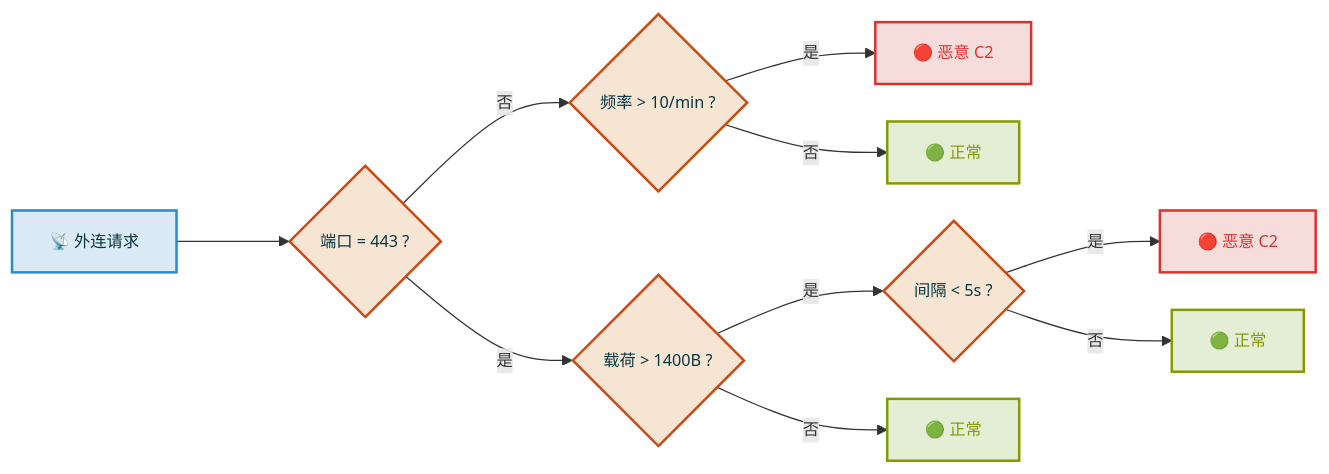
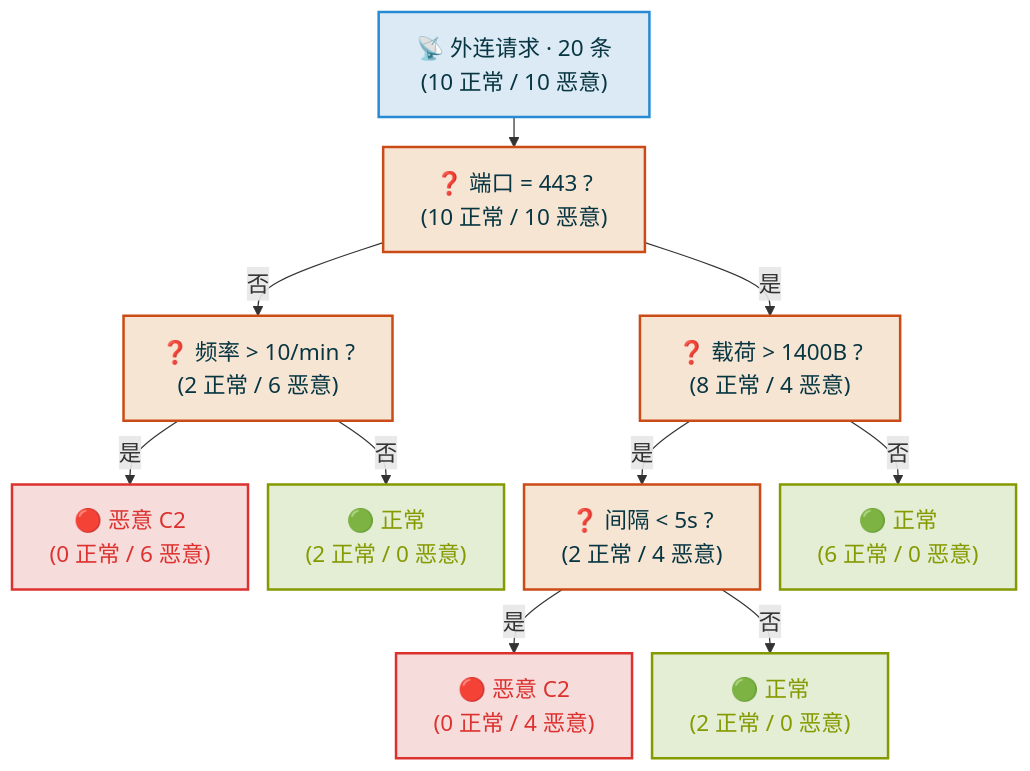
Before and after one commit to YangYibiao/yangyibiao.github.io: the first of 3 diagrams in datamining/slides/02_tree.md, drawn with Mermaid. The commit also changed other lines of this file and 11 other files, not shown here.

````diff
--- a/datamining/slides/02_tree.md
+++ b/datamining/slides/02_tree.md
@@ -125,29 +132,25 @@
 ```mermaid
-%%{init: { 'themeVariables': { 'fontSize': '13px' }, 'flowchart': { 'nodeSpacing': 30, 'rankSpacing': 90 } } }%%
-flowchart LR
-    A["　📡 外连请求　"]
-    --> B{"　端口 = 443 ?　"}
-
-    B -->|否| C{"　频率 > 10/min ?　"}
-    B -->|是| D{"　载荷 > 1400B ?　"}
-
-    C -->|是| E["🔴 恶意 C2"]
-    C -->|否| F["🟢 正常"]
-
-    D -->|是| G{"　间隔 < 5s ?　"}
-    D -->|否| H["🟢 正常"]
-
-    G -->|是| I["🔴 恶意 C2"]
-    G -->|否| J["🟢 正常"]
+%%{init: { 'themeVariables': { 'fontSize': '18px' }, 'flowchart': { 'nodeSpacing': 16, 'rankSpacing': 24 } } }%%
+flowchart TD
+    A["📡 外连请求 · 20 条<br/>(10 正常 / 10 恶意)"]
+    --> B["❓ 端口 = 443 ?<br/>(10 正常 / 10 恶意)"]
+    B -->|否| C["❓ 频率 > 10/min ?<br/>(2 正常 / 6 恶意)"]
+    B -->|是| D["❓ 载荷 > 1400B ?<br/>(8 正常 / 4 恶意)"]
+    C -->|是| E["🔴 恶意 C2<br/>(0 正常 / 6 恶意)"]
+    C -->|否| F["🟢 正常<br/>(2 正常 / 0 恶意)"]
+    D -->|是| G["❓ 间隔 < 5s ?<br/>(2 正常 / 4 恶意)"]
+    D -->|否| H["🟢 正常<br/>(6 正常 / 0 恶意)"]
+    G -->|是| I["🔴 恶意 C2<br/>(0 正常 / 4 恶意)"]
+    G -->|否| J["🟢 正常<br/>(2 正常 / 0 恶意)"]
 
     style A fill:#dceaf5,stroke:#268bd2,stroke-width:2px,color:#073642
     style B fill:#f7e5d4,stroke:#cb4b16,stroke-width:2px,color:#073642
     style C fill:#f7e5d4,stroke:#cb4b16,stroke-width:2px,color:#073642
     style D fill:#f7e5d4,stroke:#cb4b16,stroke-width:2px,color:#073642
     style G fill:#f7e5d4,stroke:#cb4b16,stroke-width:2px,color:#073642
     style E fill:#f7dcdc,stroke:#dc322f,stroke-width:2px,color:#dc322f
     style I fill:#f7dcdc,stroke:#dc322f,stroke-width:2px,color:#dc322f
     style F fill:#e3eed4,stroke:#859900,stroke-width:2px,color:#859900
     style H fill:#e3eed4,stroke:#859900,stroke-width:2px,color:#859900
     style J fill:#e3eed4,stroke:#859900,stroke-width:2px,color:#859900
 ```
````
